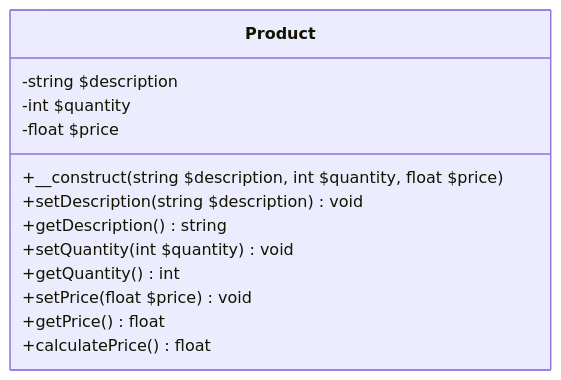
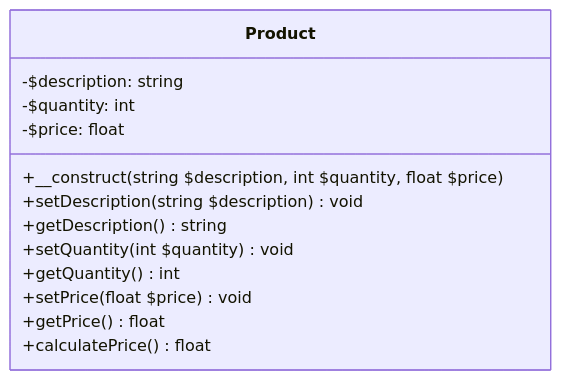
One commit to ludovic-esperce/php-poo-learning changed the third of 5 diagrams in README.md. Above: the diagram before and after it, drawn with Mermaid. The commit also changed other lines of this file, not shown here.

````diff
--- a/README.md
+++ b/README.md
@@ -94,16 +94,16 @@
 ```mermaid
 classDiagram
     class Product {
-        -string $description
-        -int $quantity
-        -float $price
+        -$description: string
+        -$quantity: int
+        -$price: float
         +__construct(string $description, int $quantity, float $price)
         +setDescription(string $description) void
         +getDescription() string
         +setQuantity(int $quantity) void
         +getQuantity() int
         +setPrice(float $price) void
         +getPrice() float
         +calculatePrice() float
     }
 ```
````
